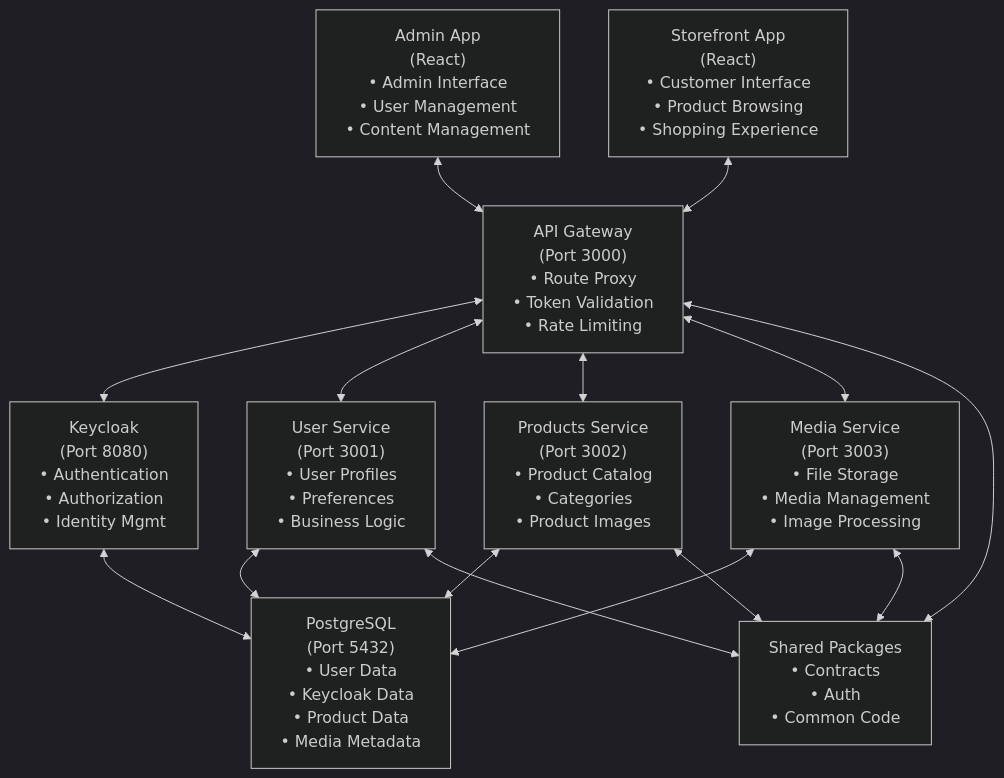
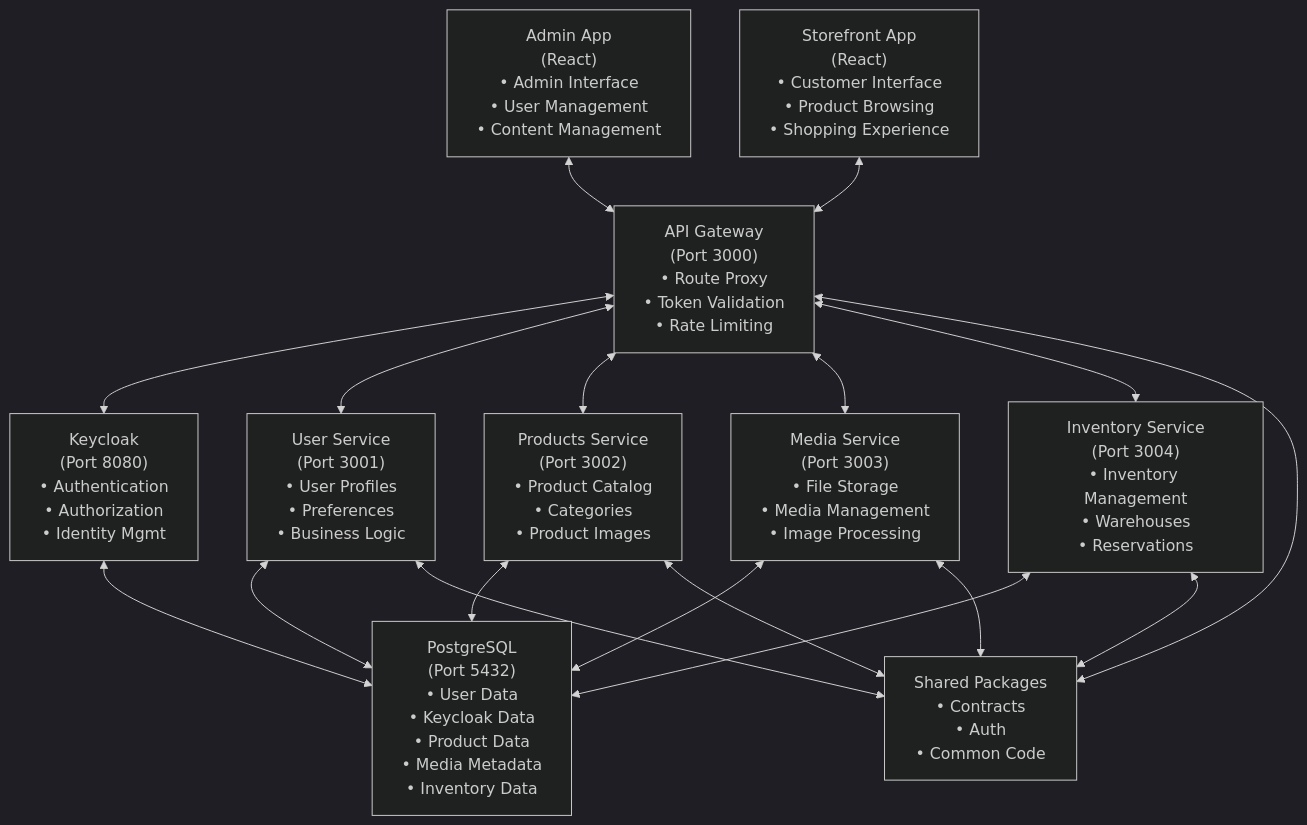
The diagram in README.md (lequochung19971/nestjs-microservices), drawn with Mermaid (dark theme) before and after one commit. The commit also changed other lines of this file and 41 other files, not shown here.

Commit message:
feat: order schema

````diff
--- a/README.md
+++ b/README.md
@@ -7,17 +7,20 @@
 ```mermaid
 flowchart TD
     AG["API Gateway<br/>(Port 3000)<br/>• Route Proxy<br/>• Token Validation<br/>• Rate Limiting"] <--> KC["Keycloak<br/>(Port 8080)<br/>• Authentication<br/>• Authorization<br/>• Identity Mgmt"]
     AG <--> US["User Service<br/>(Port 3001)<br/>• User Profiles<br/>• Preferences<br/>• Business Logic"]
     AG <--> PS["Products Service<br/>(Port 3002)<br/>• Product Catalog<br/>• Categories<br/>• Product Images"]
     AG <--> MS["Media Service<br/>(Port 3003)<br/>• File Storage<br/>• Media Management<br/>• Image Processing"]
-    KC <--> DB["PostgreSQL<br/>(Port 5432)<br/>• User Data<br/>• Keycloak Data<br/>• Product Data<br/>• Media Metadata"]
+    AG <--> IS["Inventory Service<br/>(Port 3004)<br/>• Inventory Management<br/>• Warehouses<br/>• Reservations"]
+    KC <--> DB["PostgreSQL<br/>(Port 5432)<br/>• User Data<br/>• Keycloak Data<br/>• Product Data<br/>• Media Metadata<br/>• Inventory Data"]
     US <--> DB
     PS <--> DB
     MS <--> DB
+    IS <--> DB
     AG <--> SP["Shared Packages<br/>• Contracts<br/>• Auth<br/>• Common Code"]
     US <--> SP
     PS <--> SP
     MS <--> SP
+    IS <--> SP
     AA["Admin App<br/>(React)<br/>• Admin Interface<br/>• User Management<br/>• Content Management"] <--> AG
     SA["Storefront App<br/>(React)<br/>• Customer Interface<br/>• Product Browsing<br/>• Shopping Experience"] <--> AG
 ```
````
